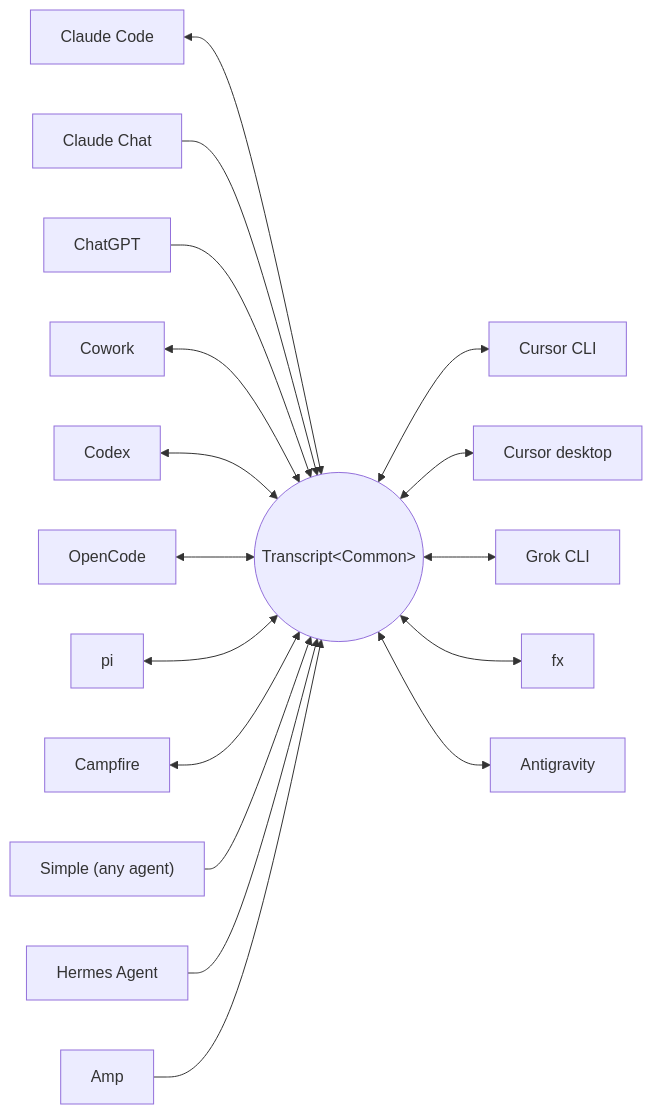
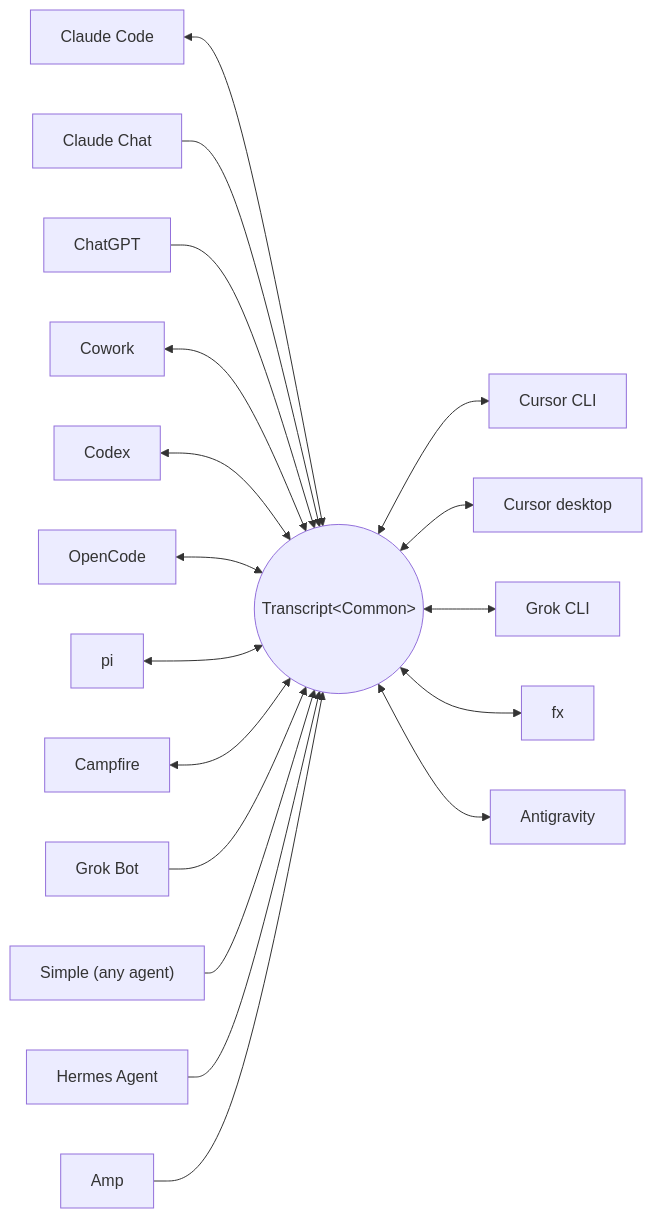
Before and after one commit to skillsynchq/txcript: the diagram in README.md, drawn with Mermaid. The commit also changed other lines of this file and 14 other files, not shown here.

First line of the commit message:
feat(grok_bot): add Grok Bot transcript harness

````diff
--- a/README.md
+++ b/README.md
@@ -61,19 +61,20 @@
 ```mermaid
 flowchart LR
     claude["Claude Code"] <--> common(("Transcript&lt;Common&gt;"))
     claudechat["Claude Chat"] --> common
     chatgpt["ChatGPT"] --> common
     cowork["Cowork"] <--> common
     codex["Codex"] <--> common
     opencode["OpenCode"] <--> common
     pi["pi"] <--> common
     campfire["Campfire"] <--> common
     common <--> cursor["Cursor CLI"]
     common <--> cursordesktop["Cursor desktop"]
     common <--> grok["Grok CLI"]
+    grokbot["Grok Bot"] --> common
     common <--> fx["fx"]
     common <--> antigravity["Antigravity"]
     simple["Simple (any agent)"] --> common
     hermes["Hermes Agent"] --> common
     amp["Amp"] --> common
 ```
````
